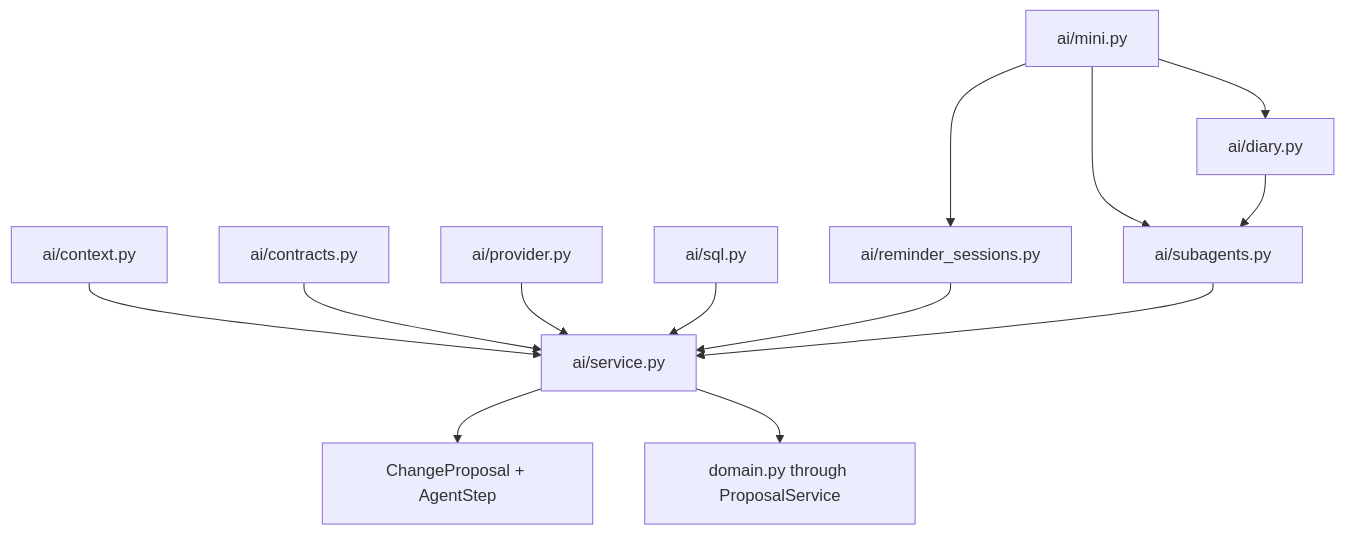
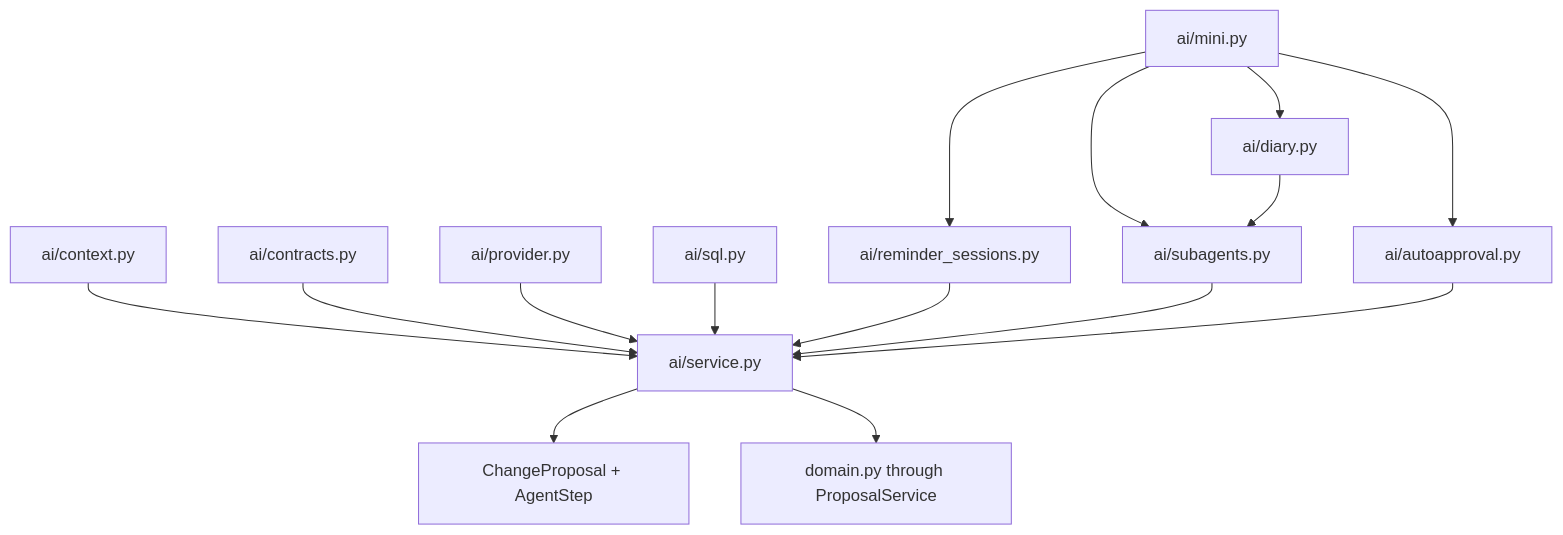
The fourth of 12 diagrams in docs/STRUCTURE_GRAPH.md (myvaheed/tg-ai-safwa), drawn with Mermaid before and after one commit. The commit also changed other lines of this file and 9 other files, not shown here.

````diff
--- a/docs/STRUCTURE_GRAPH.md
+++ b/docs/STRUCTURE_GRAPH.md
@@ -147,15 +147,17 @@
 ```mermaid
 flowchart TD
     CTX["ai/context.py"] --> SERVICE["ai/service.py"]
     CONTRACTS["ai/contracts.py"] --> SERVICE
     PROVIDER["ai/provider.py"] --> SERVICE
     SQL["ai/sql.py"] --> SERVICE
     MINI["ai/mini.py"] --> RS["ai/reminder_sessions.py"]
     MINI --> DIARY["ai/diary.py"]
     MINI --> SUB["ai/subagents.py"]
+    MINI --> AUTO["ai/autoapproval.py"]
     DIARY --> SUB
     RS --> SERVICE
     SUB --> SERVICE
+    AUTO --> SERVICE
     SERVICE --> PROPOSALS["ChangeProposal + AgentStep"]
     SERVICE --> DOMAIN["domain.py through ProposalService"]
 ```
````
